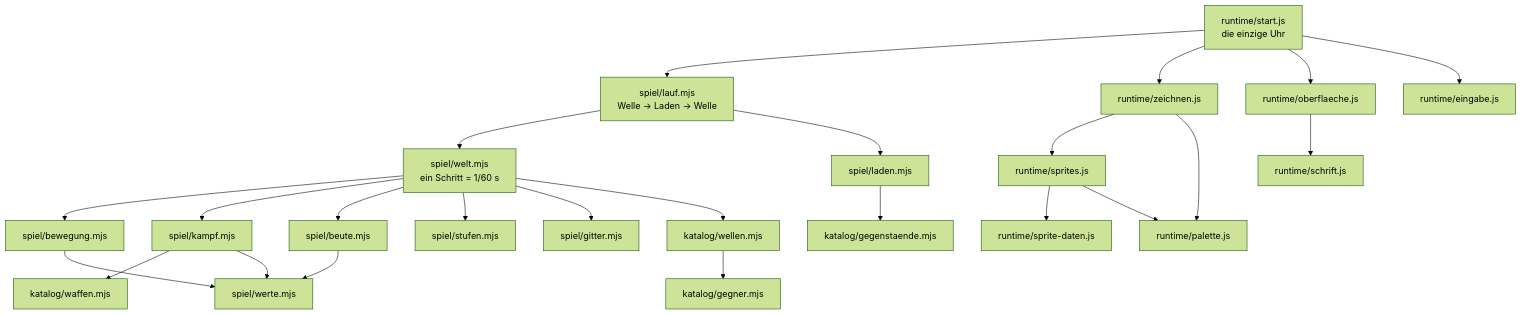
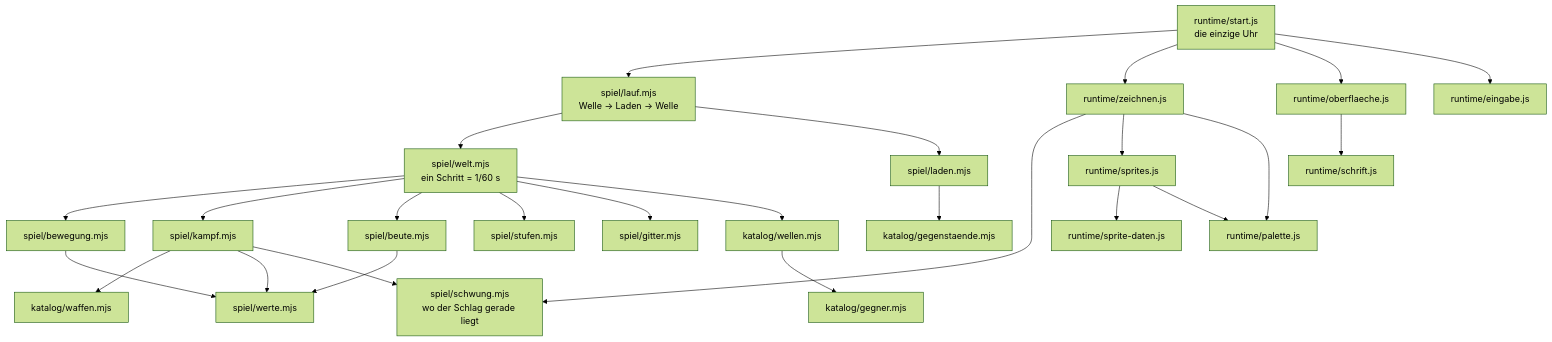
One commit to Kimpaliz/where-shadows-crawl changed the diagram in docs/WEGWEISER.md. Above: the diagram before and after it, drawn with Mermaid (forest theme). The commit also changed other lines of this file and 18 other files, not shown here.

````diff
--- a/docs/WEGWEISER.md
+++ b/docs/WEGWEISER.md
@@ -35,30 +35,32 @@
 ```mermaid
 graph TD
   start["runtime/start.js<br/>die einzige Uhr"] --> lauf["spiel/lauf.mjs<br/>Welle → Laden → Welle"]
   start --> zeichnen["runtime/zeichnen.js"]
   start --> oberflaeche["runtime/oberflaeche.js"]
   start --> eingabe["runtime/eingabe.js"]
 
   lauf --> welt["spiel/welt.mjs<br/>ein Schritt = 1/60 s"]
   lauf --> laden["spiel/laden.mjs"]
 
   welt --> bewegung["spiel/bewegung.mjs"]
   welt --> kampf["spiel/kampf.mjs"]
   welt --> beute["spiel/beute.mjs"]
   welt --> stufen["spiel/stufen.mjs"]
   welt --> gitter["spiel/gitter.mjs"]
   welt --> wellen["katalog/wellen.mjs"]
 
   kampf --> waffen["katalog/waffen.mjs"]
   kampf --> werte["spiel/werte.mjs"]
+  kampf --> schwung["spiel/schwung.mjs<br/>wo der Schlag gerade liegt"]
+  zeichnen --> schwung
   bewegung --> werte
   beute --> werte
   laden --> gegenstaende["katalog/gegenstaende.mjs"]
   wellen --> gegner["katalog/gegner.mjs"]
 
   zeichnen --> sprites["runtime/sprites.js"]
   sprites --> spritedaten["runtime/sprite-daten.js"]
   oberflaeche --> schrift["runtime/schrift.js"]
   zeichnen --> palette["runtime/palette.js"]
   sprites --> palette
 ```
````
